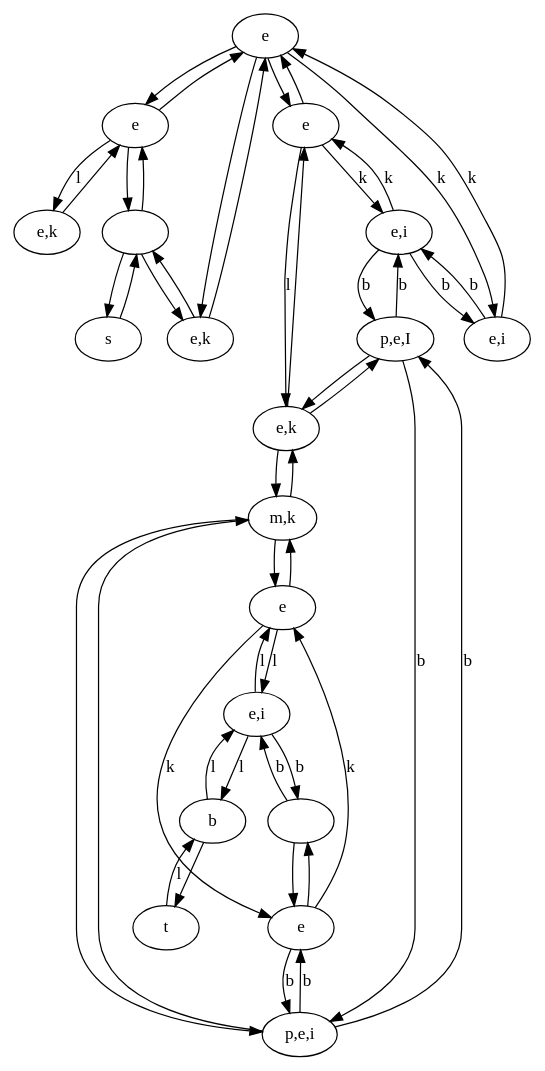
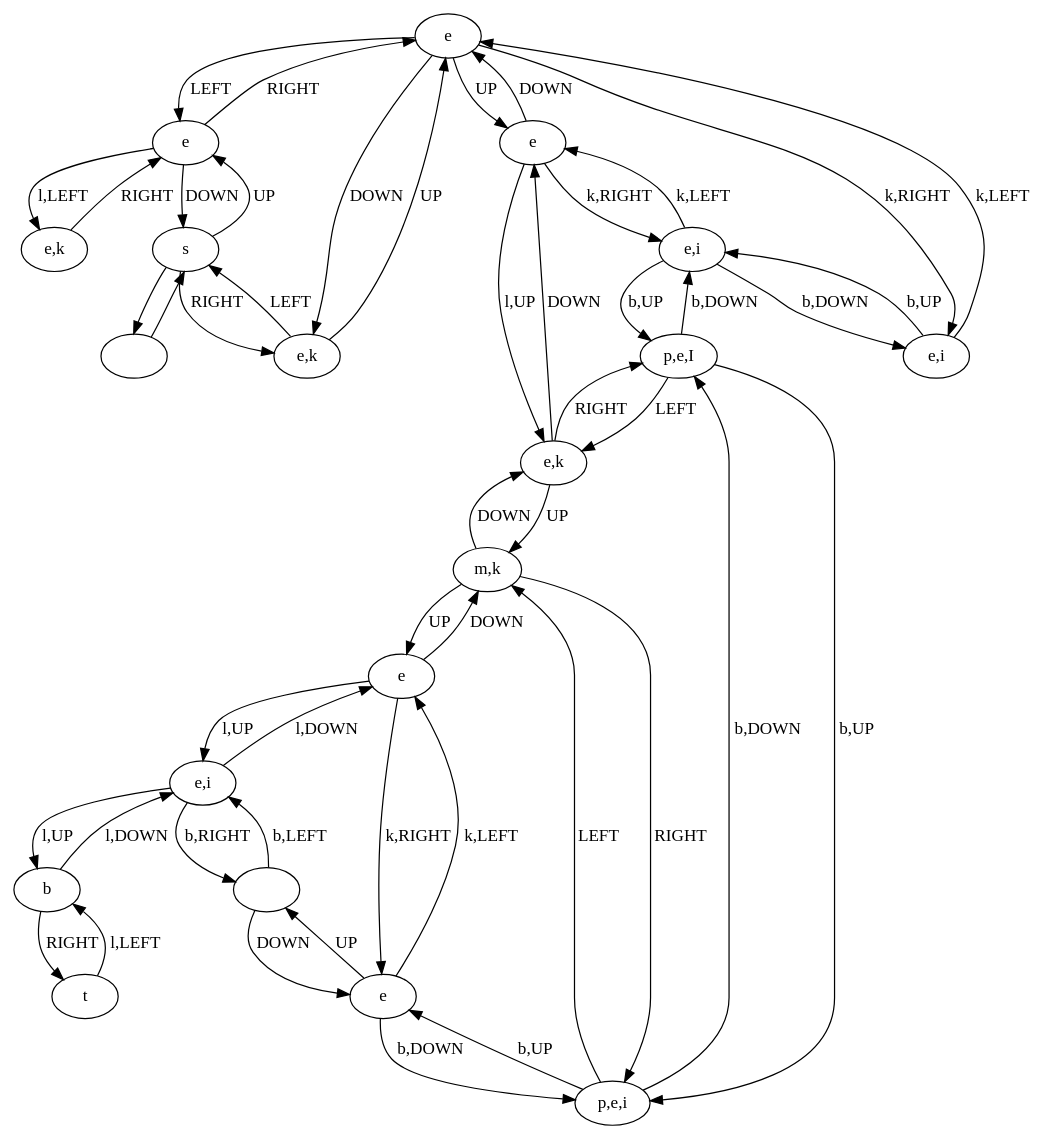
Before and after one commit to schrum2/GameGAN: the diagram in data/VGLC/Zelda/Graph Processed/LoZ_2.dot, drawn with Graphviz. The commit also changed 596 other files, not shown here.

```diff
--- a/data/VGLC/Zelda/Graph Processed/LoZ_2.dot
+++ b/data/VGLC/Zelda/Graph Processed/LoZ_2.dot
@@ -1,69 +1,69 @@
 digraph {
 0 [label="e"]
 1 [label="e"]
 2 [label="e"]
 3 [label="e,i"]
 4 [label="e,k"]
 5 [label="e,i"]
 6 [label="m,k"]
 7 [label="p,e,I"]
 8 [label=""]
 9 [label="p,e,i"]
 10 [label="e"]
 11 [label="b"]
 12 [label="t"]
-13 [label=""]
-14 [label="s"]
+13 [label="s"]
+14 [label=""]
 15 [label="e,k"]
 16 [label="e,k"]
 17 [label="e,i"]
 18 [label="e"]
 14 -> 13 [label=""]
 13 -> 14 [label=""]
-13 -> 16 [label=""]
-16 -> 13 [label=""]
-16 -> 0 [label=""]
-0 -> 16 [label=""]
-0 -> 1 [label=""]
-1 -> 0 [label=""]
-2 -> 0 [label=""]
-0 -> 2 [label=""]
-7 -> 4 [label=""]
-4 -> 7 [label=""]
-6 -> 9 [label=""]
-9 -> 6 [label=""]
-6 -> 18 [label=""]
-18 -> 6 [label=""]
-10 -> 8 [label=""]
-8 -> 10 [label=""]
-13 -> 1 [label=""]
-1 -> 13 [label=""]
-6 -> 4 [label=""]
-4 -> 6 [label=""]
-3 -> 5 [label="b"]
-5 -> 3 [label="b"]
-5 -> 7 [label="b"]
-7 -> 5 [label="b"]
-7 -> 9 [label="b"]
-9 -> 7 [label="b"]
-9 -> 10 [label="b"]
-10 -> 9 [label="b"]
-15 -> 1 [label=""]
-1 -> 15 [label="l"]
-4 -> 2 [label=""]
-2 -> 4 [label="l"]
-11 -> 12 [label=""]
-12 -> 11 [label="l"]
-18 -> 10 [label="k"]
-10 -> 18 [label="k"]
-2 -> 5 [label="k"]
-5 -> 2 [label="k"]
-0 -> 3 [label="k"]
-3 -> 0 [label="k"]
-8 -> 17 [label="b"]
-17 -> 8 [label="b"]
-11 -> 17 [label="l"]
-17 -> 11 [label="l"]
-17 -> 18 [label="l"]
-18 -> 17 [label="l"]
+13 -> 16 [label="RIGHT"]
+16 -> 13 [label="LEFT"]
+16 -> 0 [label="UP"]
+0 -> 16 [label="DOWN"]
+0 -> 1 [label="LEFT"]
+1 -> 0 [label="RIGHT"]
+2 -> 0 [label="DOWN"]
+0 -> 2 [label="UP"]
+7 -> 4 [label="LEFT"]
+4 -> 7 [label="RIGHT"]
+6 -> 9 [label="RIGHT"]
+9 -> 6 [label="LEFT"]
+6 -> 18 [label="UP"]
+18 -> 6 [label="DOWN"]
+10 -> 8 [label="UP"]
+8 -> 10 [label="DOWN"]
+13 -> 1 [label="UP"]
+1 -> 13 [label="DOWN"]
+6 -> 4 [label="DOWN"]
+4 -> 6 [label="UP"]
+3 -> 5 [label="b,UP"]
+5 -> 3 [label="b,DOWN"]
+5 -> 7 [label="b,UP"]
+7 -> 5 [label="b,DOWN"]
+7 -> 9 [label="b,UP"]
+9 -> 7 [label="b,DOWN"]
+9 -> 10 [label="b,UP"]
+10 -> 9 [label="b,DOWN"]
+15 -> 1 [label="RIGHT"]
+1 -> 15 [label="l,LEFT"]
+4 -> 2 [label="DOWN"]
+2 -> 4 [label="l,UP"]
+11 -> 12 [label="RIGHT"]
+12 -> 11 [label="l,LEFT"]
+18 -> 10 [label="k,RIGHT"]
+10 -> 18 [label="k,LEFT"]
+2 -> 5 [label="k,RIGHT"]
+5 -> 2 [label="k,LEFT"]
+0 -> 3 [label="k,RIGHT"]
+3 -> 0 [label="k,LEFT"]
+8 -> 17 [label="b,LEFT"]
+17 -> 8 [label="b,RIGHT"]
+11 -> 17 [label="l,DOWN"]
+17 -> 11 [label="l,UP"]
+17 -> 18 [label="l,DOWN"]
+18 -> 17 [label="l,UP"]
 }
```
